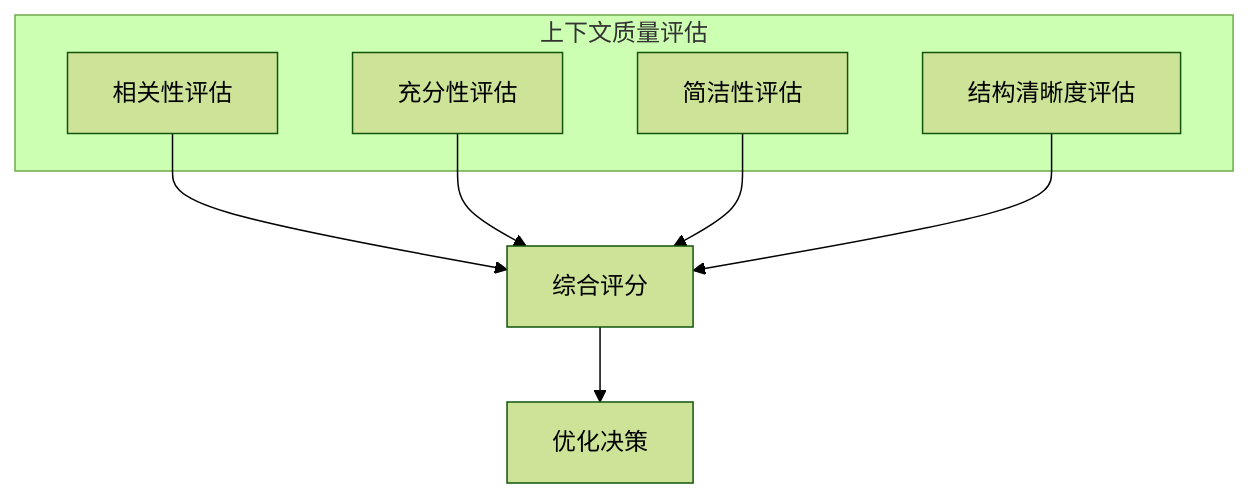
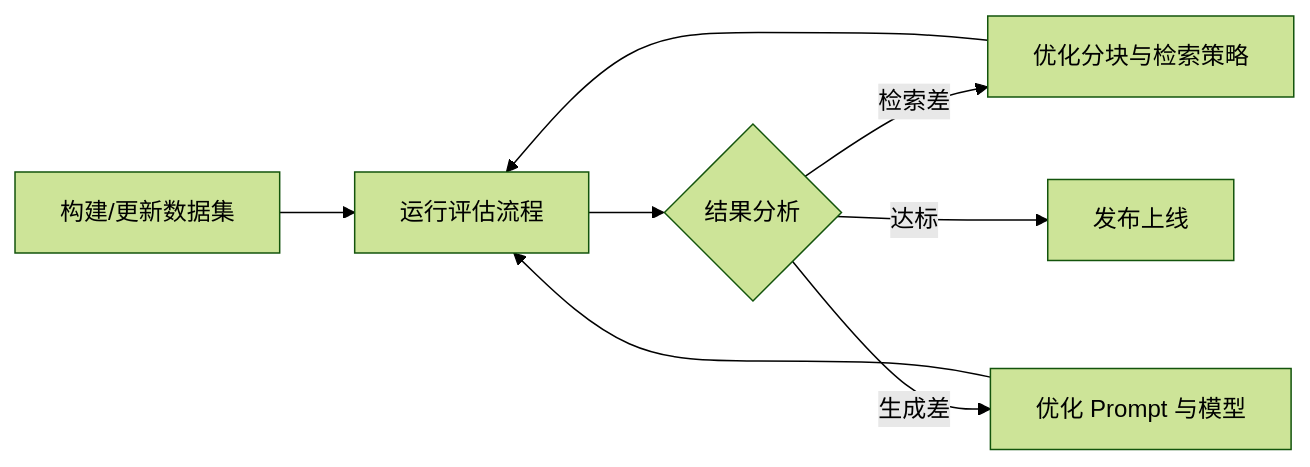
The diagram in 03_framework/3.3_quality_metrics.md (yeasy/context_engineering_guide), drawn with Mermaid (forest theme) before and after one commit. The commit also changed other lines of this file and 59 other files, not shown here.

````diff
--- a/03_framework/3.3_quality_metrics.md
+++ b/03_framework/3.3_quality_metrics.md
@@ -57,16 +106,10 @@
 ```mermaid
-graph TB
-    subgraph "上下文质量评估"
-        A["相关性评估"]
-        B["充分性评估"]
-        C["简洁性评估"]
-        D["结构清晰度评估"]
-    end
-    
-    A --> E["综合评分"]
-    B --> E
-    C --> E
-    D --> E
-    
-    E --> F["优化决策"]
+graph LR
+    A[构建/更新数据集] --> B[运行评估流程]
+    B --> C{结果分析}
+    C -->|检索差| D[优化分块与检索策略]
+    C -->|生成差| E[优化 Prompt 与模型]
+    D --> B
+    E --> B
+    C -->|达标| F[发布上线]
 ```
````
